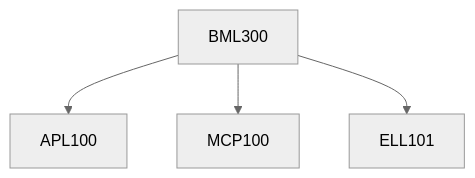
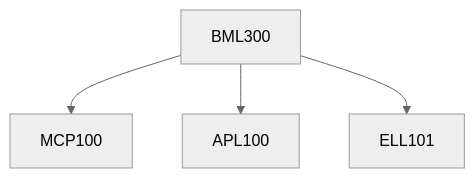
One commit to KeshavBansal0122/CoS_Website changed the diagram in content/Biomedical Engineering/BML300.md. Above: the diagram before and after it, drawn with Mermaid (neutral theme). The commit also changed other lines of this file and 2662 other files, not shown here.

````diff
--- a/content/Biomedical Engineering/BML300.md
+++ b/content/Biomedical Engineering/BML300.md
@@ -15,10 +15,10 @@
 ```mermaid
 flowchart TD
 BML300-101[BML300]
+BML300-101 --> MCP100-101[MCP100]
 BML300-101 --> APL100-101[APL100]
-BML300-101 --> MCP100-101[MCP100]
 BML300-101 --> ELL101-101[ELL101]
 
 classDef empty height:17px, fill:transparent, stroke:transparent;
 classDef trueEmpty height:0px, width:0px;
 ```
````
